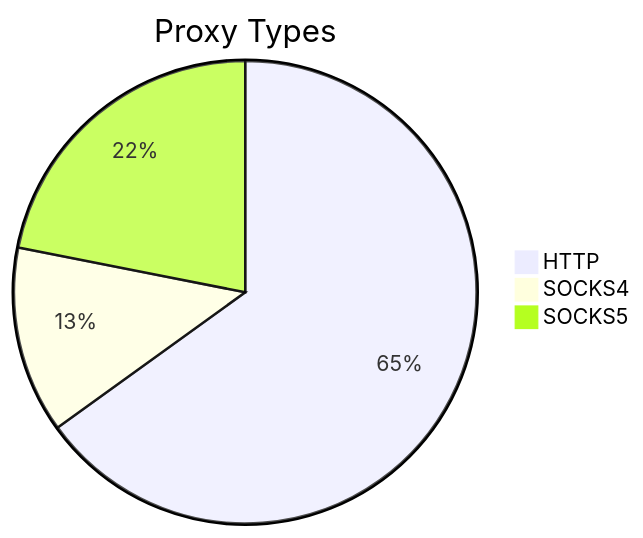
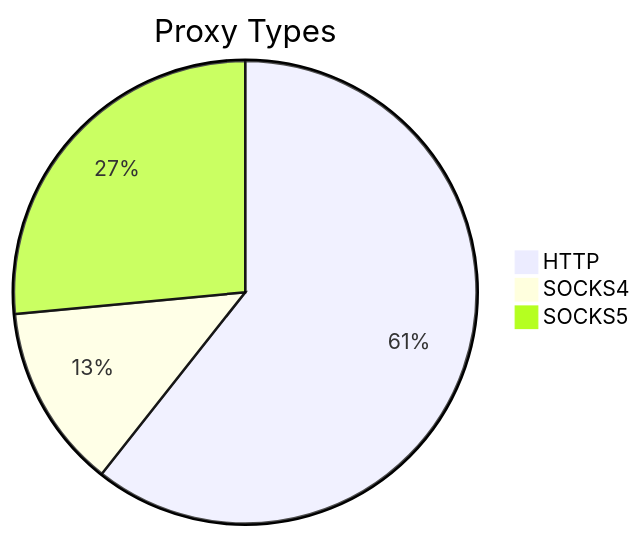
The first of 2 diagrams in README.md (stormsia/proxy-list), drawn with Mermaid before and after one commit. The commit also changed other lines of this file, not shown here.

````diff
--- a/README.md
+++ b/README.md
@@ -21,6 +21,6 @@
 ```mermaid
 pie title Proxy Types
-    "HTTP" : 389
-    "SOCKS4" : 78
-    "SOCKS5" : 131
+    "HTTP" : 302
+    "SOCKS4" : 64
+    "SOCKS5" : 132
 ```
````
